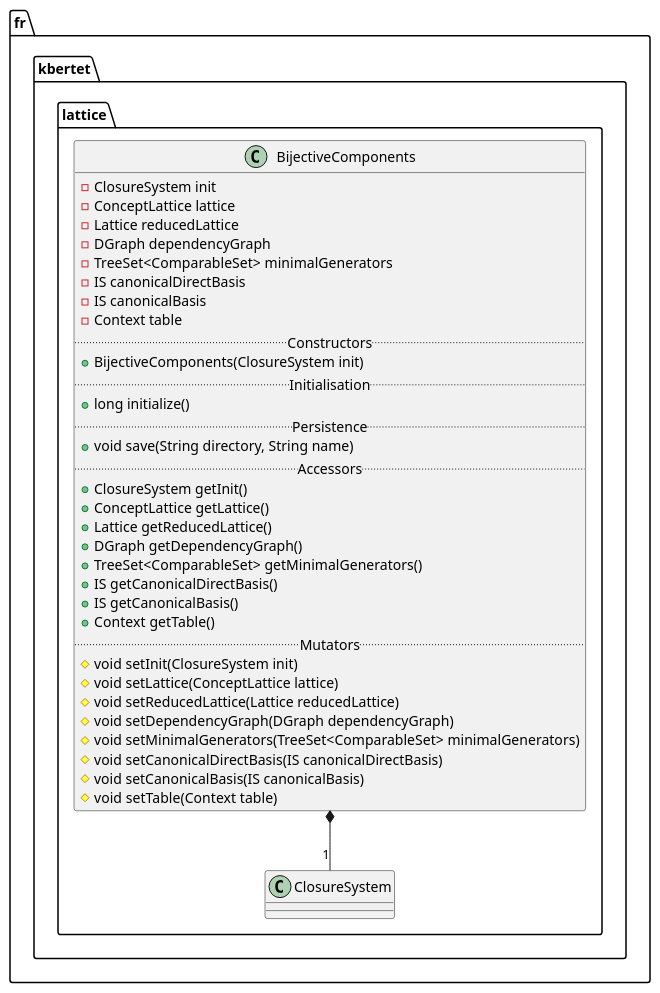
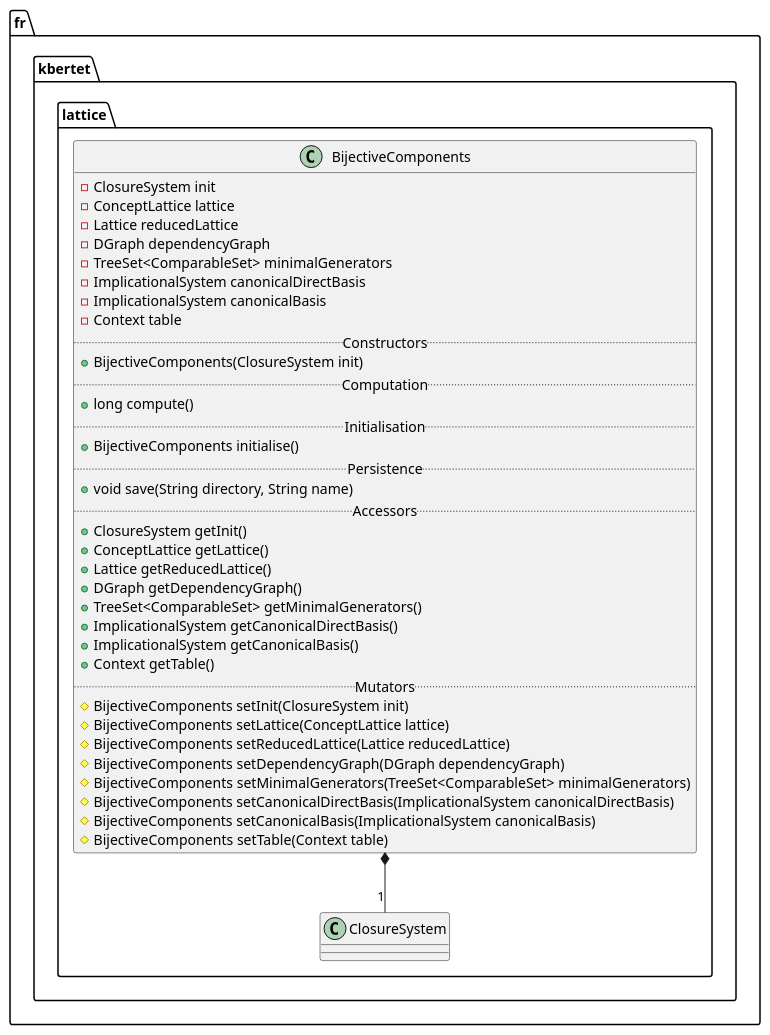
Before and after one commit to thegalactic/java-lattices: the diagram in src/fr/kbertet/lattice/BijectiveComponents.iuml, drawn with PlantUML. The commit also changed 14 other files, not shown here.

```diff
--- a/src/fr/kbertet/lattice/BijectiveComponents.iuml
+++ b/src/fr/kbertet/lattice/BijectiveComponents.iuml
@@ -1,38 +1,40 @@
 package fr.kbertet.lattice {
     class BijectiveComponents {
         -ClosureSystem init
         -ConceptLattice lattice
         -Lattice reducedLattice
         -DGraph dependencyGraph
         -TreeSet<ComparableSet> minimalGenerators
-        -IS canonicalDirectBasis
-        -IS canonicalBasis
+        -ImplicationalSystem canonicalDirectBasis
+        -ImplicationalSystem canonicalBasis
         -Context table
         .. Constructors ..
         +BijectiveComponents(ClosureSystem init)
+        .. Computation ..
+        +long compute()
         .. Initialisation ..
-        +long initialize()
+        +BijectiveComponents initialise()
         .. Persistence ..
         +void save(String directory, String name)
         .. Accessors ..
         +ClosureSystem getInit()
         +ConceptLattice getLattice()
         +Lattice getReducedLattice()
         +DGraph getDependencyGraph()
         +TreeSet<ComparableSet> getMinimalGenerators()
-        +IS getCanonicalDirectBasis()
-        +IS getCanonicalBasis()
+        +ImplicationalSystem getCanonicalDirectBasis()
+        +ImplicationalSystem getCanonicalBasis()
         +Context getTable()
         .. Mutators ..
-        #void setInit(ClosureSystem init)
-        #void setLattice(ConceptLattice lattice)
-        #void setReducedLattice(Lattice reducedLattice)
-        #void setDependencyGraph(DGraph dependencyGraph)
-        #void setMinimalGenerators(TreeSet<ComparableSet> minimalGenerators)
-        #void setCanonicalDirectBasis(IS canonicalDirectBasis)
-        #void setCanonicalBasis(IS canonicalBasis)
-        #void setTable(Context table)
+        #BijectiveComponents setInit(ClosureSystem init)
+        #BijectiveComponents setLattice(ConceptLattice lattice)
+        #BijectiveComponents setReducedLattice(Lattice reducedLattice)
+        #BijectiveComponents setDependencyGraph(DGraph dependencyGraph)
+        #BijectiveComponents setMinimalGenerators(TreeSet<ComparableSet> minimalGenerators)
+        #BijectiveComponents setCanonicalDirectBasis(ImplicationalSystem canonicalDirectBasis)
+        #BijectiveComponents setCanonicalBasis(ImplicationalSystem canonicalBasis)
+        #BijectiveComponents setTable(Context table)
     }
 
     BijectiveComponents *-- "1" ClosureSystem
 }
```
